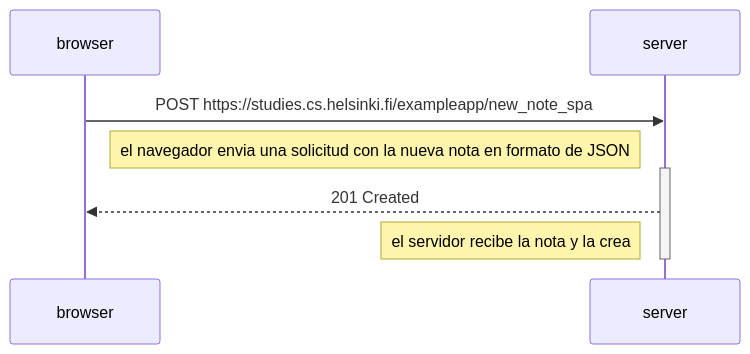
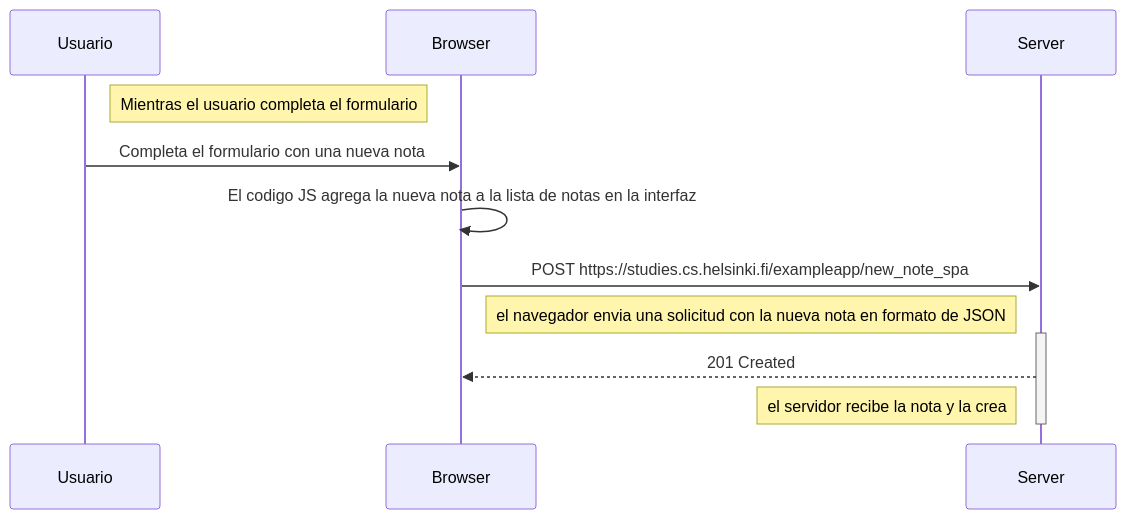
One commit to Marcos-Pines1/FullStackOpen-MarcosMorua changed the diagram in part0/0.6-Diagram-Spa-Post.md. Above: the diagram before and after it, drawn with Mermaid.

````diff
--- a/part0/0.6-Diagram-Spa-Post.md
+++ b/part0/0.6-Diagram-Spa-Post.md
@@ -1,15 +1,20 @@
 ```mermaid
 
     sequenceDiagram
 
-    browser->>server: POST https://studies.cs.helsinki.fi/exampleapp/new_note_spa
-    Note right of browser: el navegador envia una solicitud con la nueva nota en formato de JSON
-    activate server
-    server-->>browser: 201 Created
-    Note left of server: el servidor recibe la nota y la crea
-    deactivate server
+    Note right of Usuario: Mientras el usuario completa el formulario
+        Usuario->>Browser: Completa el formulario con una nueva nota
+        Browser->>Browser: El codigo JS agrega la nueva nota a la lista de notas en la interfaz
     
-    
+
+    Browser->>Server: POST https://studies.cs.helsinki.fi/exampleapp/new_note_spa
+    Note right of Browser: el navegador envia una solicitud con la nueva nota en formato de JSON
+    activate Server
+    Server-->>Browser: 201 Created
+    Note left of Server: el servidor recibe la nota y la crea
+    deactivate Server
+
+
     
     
 ```
````
